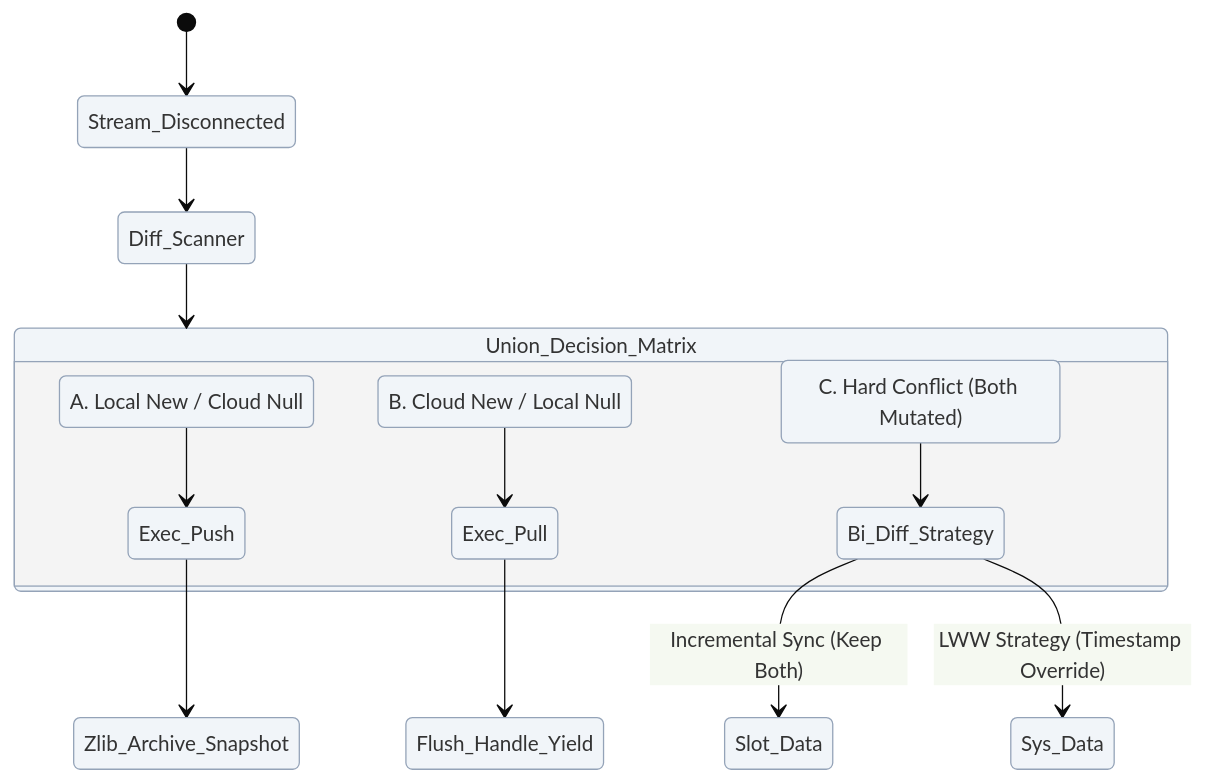
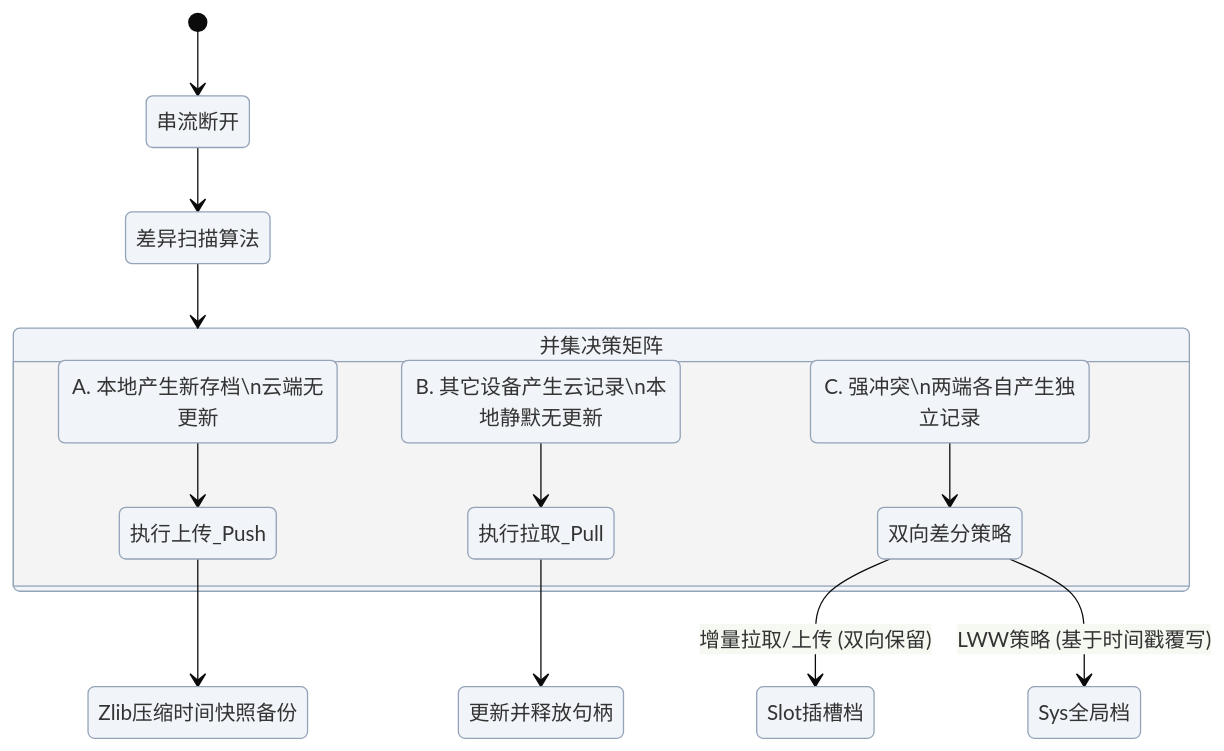
Before and after one commit to Roxy-DD/galremote: the fourth of 5 diagrams in thesis/chapter4/system_design.md, drawn with Mermaid. The commit also changed other lines of this file, not shown here.

Commit message:
style(thesis): revert diagrams text to Chinese while keeping the flat academic style

````diff
--- a/thesis/chapter4/system_design.md
+++ b/thesis/chapter4/system_design.md
@@ -131,23 +131,23 @@
 ```mermaid
 %%{init: {'theme': 'base', 'themeVariables': { 'fontFamily': 'arial', 'primaryColor': '#F1F5F9', 'primaryBorderColor': '#94A3B8', 'labelBoxBkgColor': '#E2E8F0'}}}%%
 stateDiagram-v2
-    [*] --> Stream_Disconnected
-    Stream_Disconnected --> Diff_Scanner
-    Diff_Scanner --> Union_Decision_Matrix
+    [*] --> 串流断开
+    串流断开 --> 差异扫描算法
+    差异扫描算法 --> 并集决策矩阵
     
-    state Union_Decision_Matrix {
-        state "A. Local New / Cloud Null" as SceneA
-        state "B. Cloud New / Local Null" as SceneB
-        state "C. Hard Conflict (Both Mutated)" as SceneC
+    state 并集决策矩阵 {
+        state "A. 本地产生新存档\n云端无更新" as SceneA
+        state "B. 其它设备产生云记录\n本地静默无更新" as SceneB
+        state "C. 强冲突\n两端各自产生独立记录" as SceneC
         
-        SceneA --> Exec_Push
-        SceneB --> Exec_Pull
-        SceneC --> Bi_Diff_Strategy
+        SceneA --> 执行上传_Push
+        SceneB --> 执行拉取_Pull
+        SceneC --> 双向差分策略
     }
     
-    Bi_Diff_Strategy --> Slot_Data: Incremental Sync (Keep Both)
-    Bi_Diff_Strategy --> Sys_Data: LWW Strategy (Timestamp Override)
+    双向差分策略 --> Slot插槽档: 增量拉取/上传 (双向保留)
+    双向差分策略 --> Sys全局档: LWW策略 (基于时间戳覆写)
     
-    Exec_Push --> Zlib_Archive_Snapshot
-    Exec_Pull --> Flush_Handle_Yield
+    执行上传_Push --> Zlib压缩时间快照备份
+    执行拉取_Pull --> 更新并释放句柄
 ```
````
